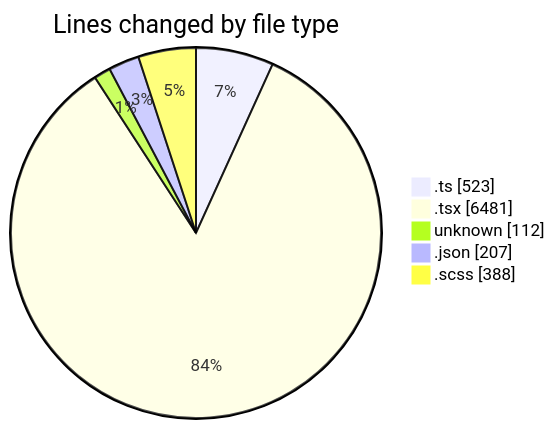
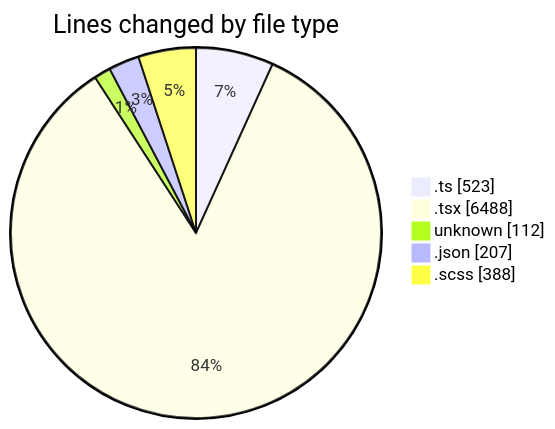
The first of 2 diagrams in 2026-04-29/cda/README.md (momahboobian/code-tracking), drawn with Mermaid before and after one commit. The commit also changed other lines of this file and 1 other file, not shown here.

````diff
--- a/2026-04-29/cda/README.md
+++ b/2026-04-29/cda/README.md
@@ -53,9 +53,9 @@
 ```mermaid
 pie showData
 title Lines changed by file type
 ".ts" : 523
-".tsx" : 6481
+".tsx" : 6488
 "unknown" : 112
 ".json" : 207
 ".scss" : 388
 ```
````
